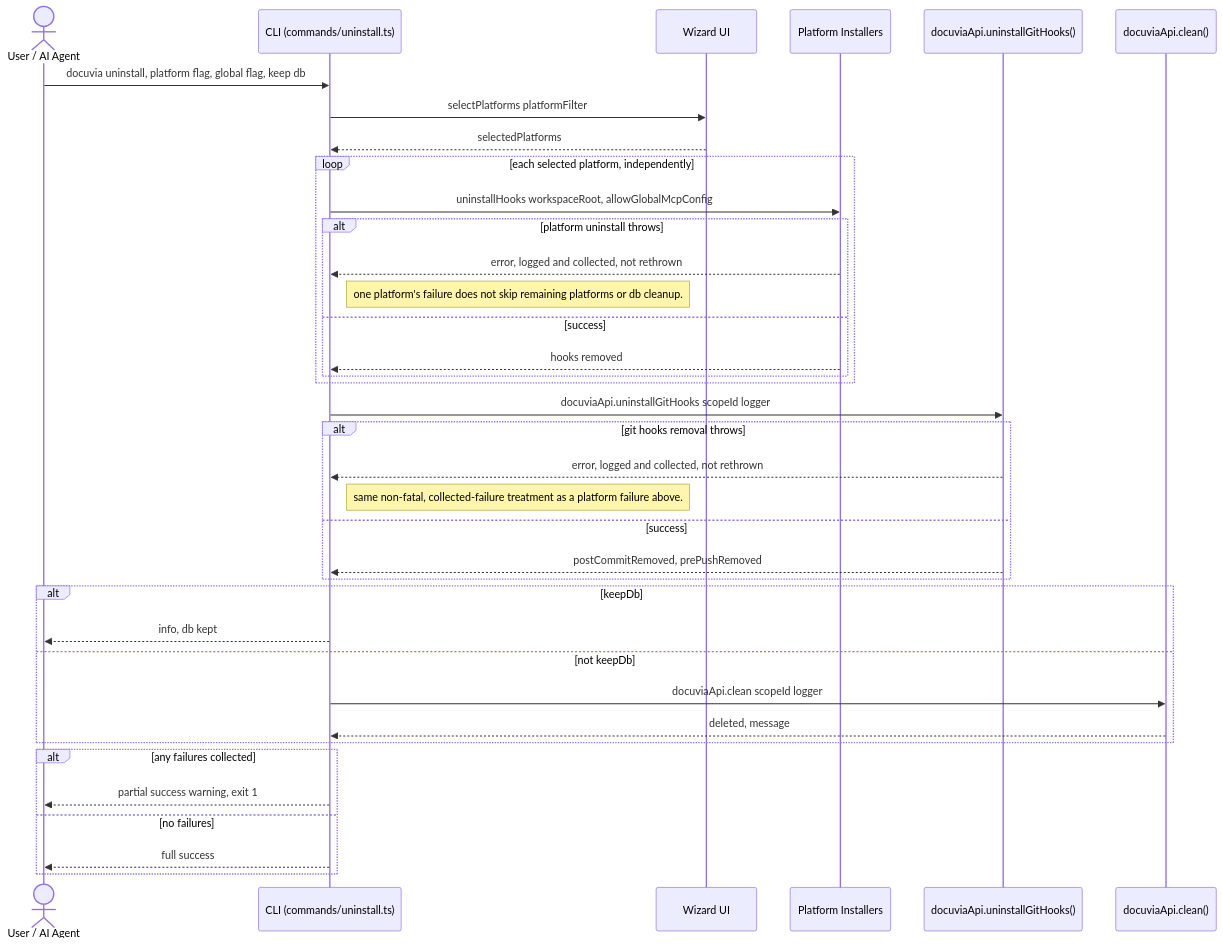
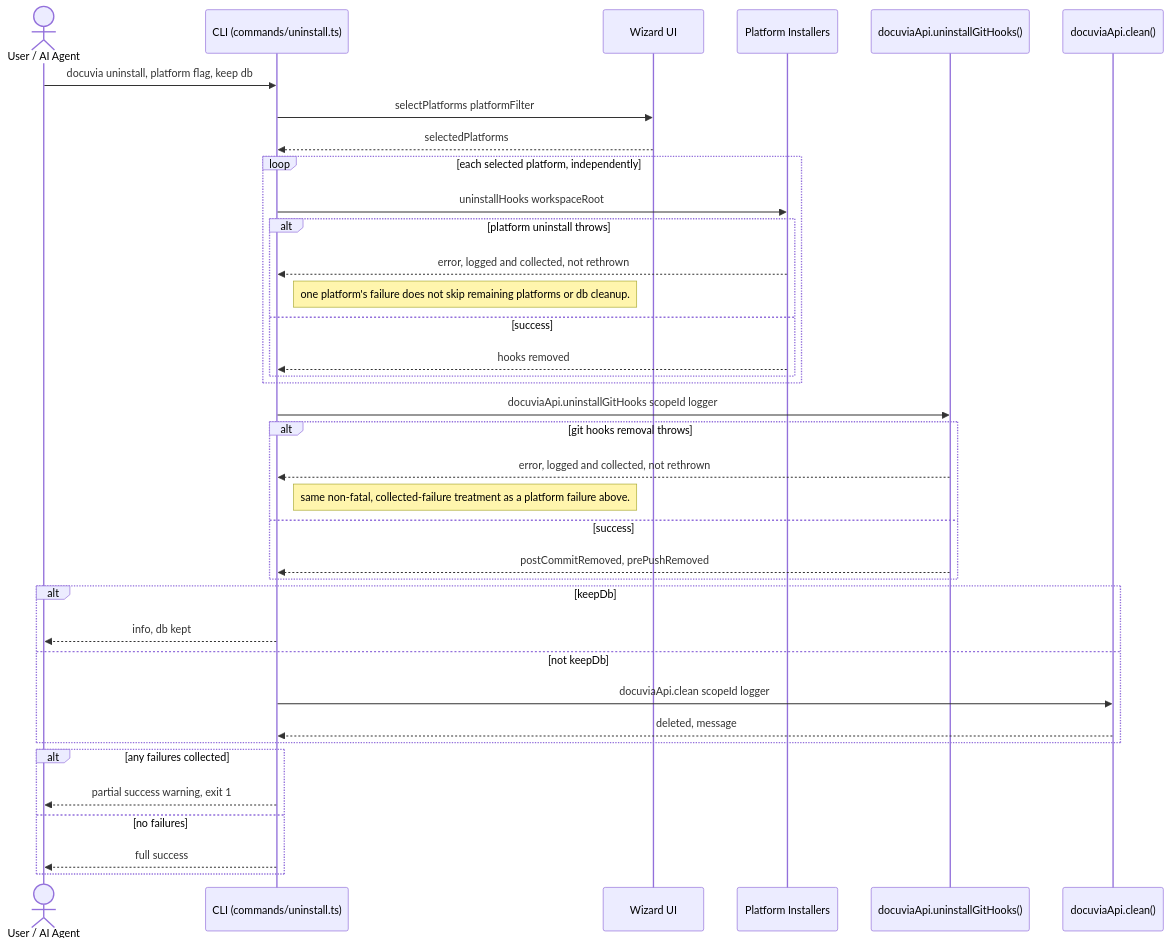
Before and after one commit to dyphn1/Docuvia: the diagram in docs/gitbook/workflows/uninstall-execution-flow.md, drawn with Mermaid. The commit also changed other lines of this file and 18 other files, not shown here.

````diff
--- a/docs/gitbook/workflows/uninstall-execution-flow.md
+++ b/docs/gitbook/workflows/uninstall-execution-flow.md
@@ -23,44 +23,44 @@
 ```mermaid
 sequenceDiagram
     actor User as User / AI Agent
     participant CLI as CLI (commands/uninstall.ts)
     participant Wizard as Wizard UI
     participant Plat as Platform Installers
     participant GitAPI as docuviaApi.uninstallGitHooks()
     participant API as docuviaApi.clean()
 
-    User->>CLI: docuvia uninstall, platform flag, global flag, keep db
+    User->>CLI: docuvia uninstall, platform flag, keep db
     CLI->>Wizard: selectPlatforms platformFilter
     Wizard-->>CLI: selectedPlatforms
 
     loop each selected platform, independently
-        CLI->>Plat: uninstallHooks workspaceRoot, allowGlobalMcpConfig
+        CLI->>Plat: uninstallHooks workspaceRoot
         alt platform uninstall throws
             Plat-->>CLI: error, logged and collected, not rethrown
             Note right of CLI: one platform's failure does not skip remaining platforms or db cleanup.
         else success
             Plat-->>CLI: hooks removed
         end
     end
 
     CLI->>GitAPI: docuviaApi.uninstallGitHooks scopeId logger
     alt git hooks removal throws
         GitAPI-->>CLI: error, logged and collected, not rethrown
         Note right of CLI: same non-fatal, collected-failure treatment as a platform failure above.
     else success
         GitAPI-->>CLI: postCommitRemoved, prePushRemoved
     end
 
     alt keepDb
         CLI-->>User: info, db kept
     else not keepDb
         CLI->>API: docuviaApi.clean scopeId logger
         API-->>CLI: deleted, message
     end
 
     alt any failures collected
         CLI-->>User: partial success warning, exit 1
     else no failures
         CLI-->>User: full success
     end
 ```
````
